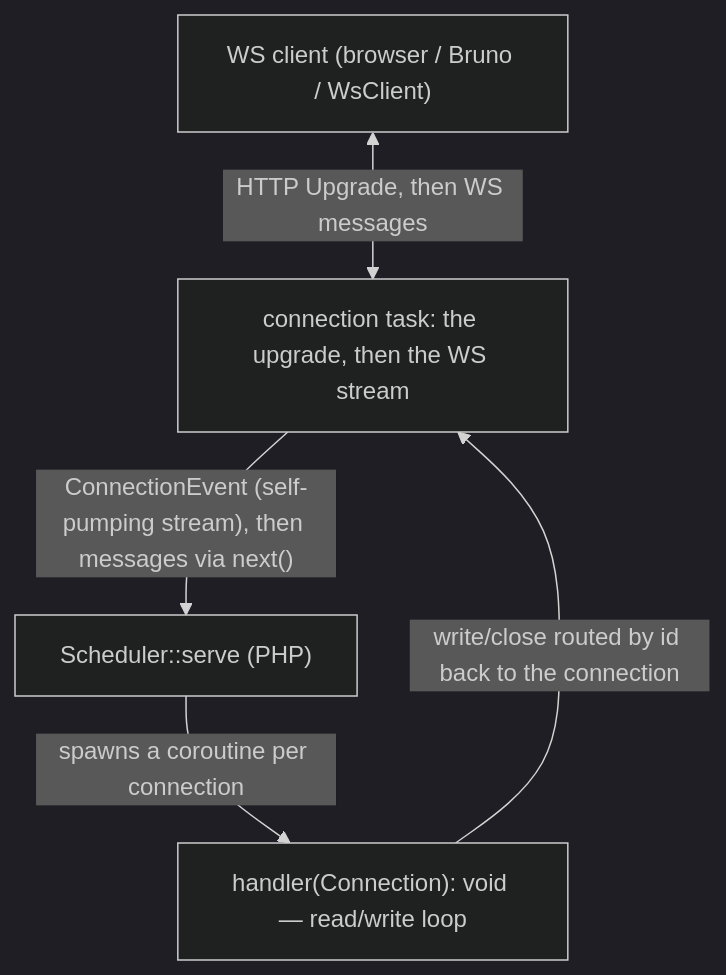
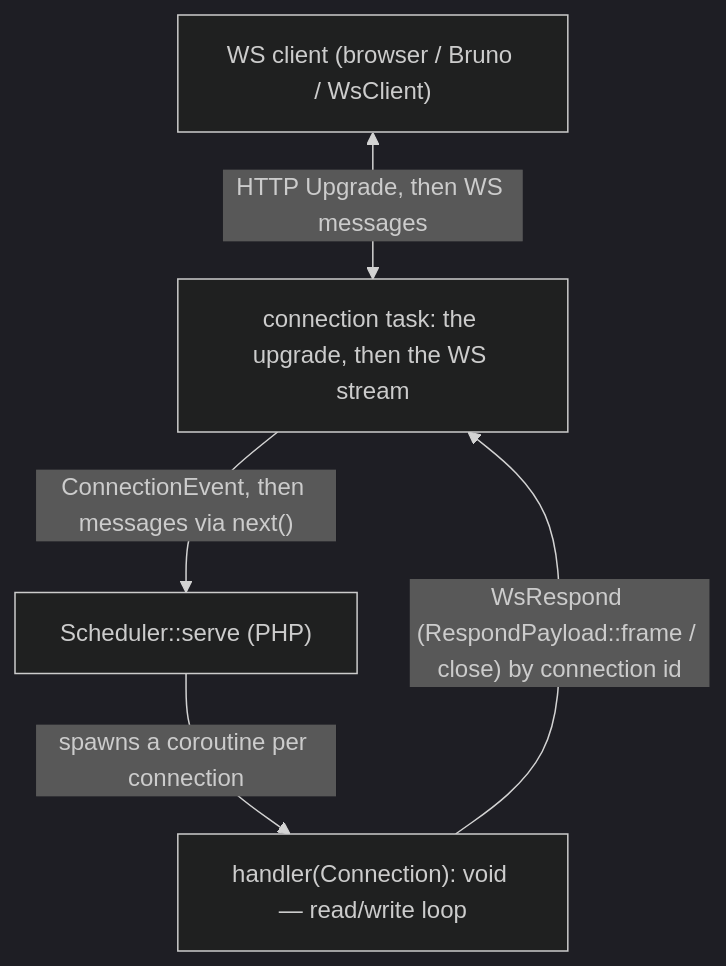
The diagram in docs/websocket-server.md (sprust/sconcur), drawn with Mermaid (dark theme) before and after one commit. The commit also changed other lines of this file and 55 other files, not shown here.

````diff
--- a/docs/websocket-server.md
+++ b/docs/websocket-server.md
@@ -25,12 +27,12 @@
 ```mermaid
 flowchart TB
     client["WS client (browser / Bruno / WsClient)"]
     serve["connection task: the upgrade, then the WS stream"]
     sched["Scheduler::serve (PHP)"]
     handler["handler(Connection): void — read/write loop"]
 
     client <-->|"HTTP Upgrade, then WS messages"| serve
-    serve -->|"ConnectionEvent (self-pumping stream), then messages via next()"| sched
+    serve -->|"ConnectionEvent, then messages via next()"| sched
     sched -->|"spawns a coroutine per connection"| handler
-    handler -->|"write/close routed by id back to the connection"| serve
+    handler -->|"WsRespond (RespondPayload::frame / close) by connection id"| serve
 ```
````
